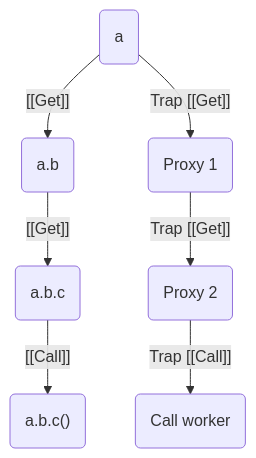
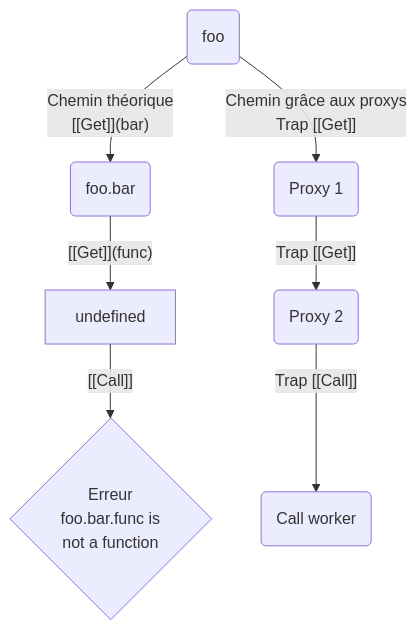
One commit to Riron/orion changed the second of 2 diagrams in src/content/posts/comlink/index.md. Above: the diagram before and after it, drawn with Mermaid. The commit also changed other lines of this file, not shown here.

```diff
--- a/src/content/posts/comlink/index.md
+++ b/src/content/posts/comlink/index.md
@@ -174,9 +179,9 @@
 {{< mermaid >}}
 graph TD
-A(a) -->|"[[Get]]"| B(a.b)
-B -->|"[[Get]]"| C(a.b.c)
-C-->|"[[Call]]"| D("a.b.c()")
-A -->|"Trap [[Get]]"| E(Proxy 1)
+A(foo) -->|"Chemin théorique<br>[[Get]](bar)"| B(foo.bar)
+B -->|"[[Get]](func)"| C[undefined]
+C-->|"[[Call]]"| D{"Erreur<br>foo.bar.func is<br>not a function"}
+A -->|"Chemin grâce aux proxys<br>Trap [[Get]]"| E(Proxy 1)
 E -->|"Trap [[Get]]"| F(Proxy 2)
 F -->|"Trap [[Call]]"| G(Call worker)
 {{< /mermaid >}}
```
